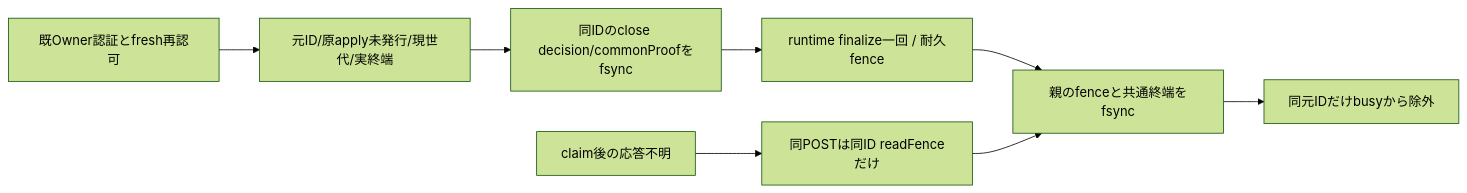
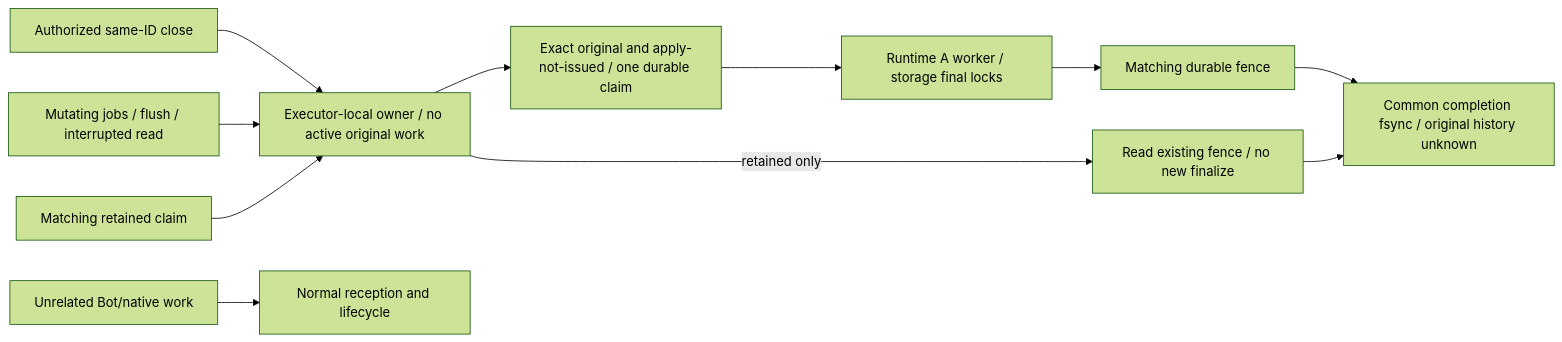
Diagram 37 of 39 in docs/architecture/modules/integration/README.md (kitepon/BellTeam), drawn with Mermaid (forest theme) before and after one commit. The commit also changed other lines of this file and 6 other files, not shown here.

Commit message:
fix(updates): scope same-ID bookkeeping close to local ownership

````diff
--- a/docs/architecture/modules/integration/README.md
+++ b/docs/architecture/modules/integration/README.md
@@ -759,10 +769,13 @@
 ```mermaid
 flowchart LR
-  Owner[既Owner認証とfresh再認可] --> Proof[元ID/原apply未発行/現世代/実終端]
-  Proof --> Claim[同IDのclose decision/commonProofをfsync]
-  Claim --> Fence[runtime finalize一回 / 耐久fence]
-  Fence --> Complete[親のfenceと共通終端をfsync]
-  Complete --> Busy[同元IDだけbusyから除外]
-  Unknown[claim後の応答不明] --> Read[同POSTは同ID readFenceだけ]
-  Read --> Complete
+  Auth[Authorized same-ID close] --> Local[Executor-local owner / no active original work]
+  Reads[Mutating jobs / flush / interrupted read] --> Local
+  Local --> Claim[Exact original and apply-not-issued / one durable claim]
+  Claim --> Runtime[Runtime A worker / storage final locks]
+  Runtime --> Fence[Matching durable fence]
+  Fence --> Save[Common completion fsync / original history unknown]
+  Retained[Matching retained claim] --> Local
+  Local -->|retained only| ReadFence[Read existing fence / no new finalize]
+  ReadFence --> Save
+  Live[Unrelated Bot/native work] --> Normal[Normal reception and lifecycle]
 ```
````
